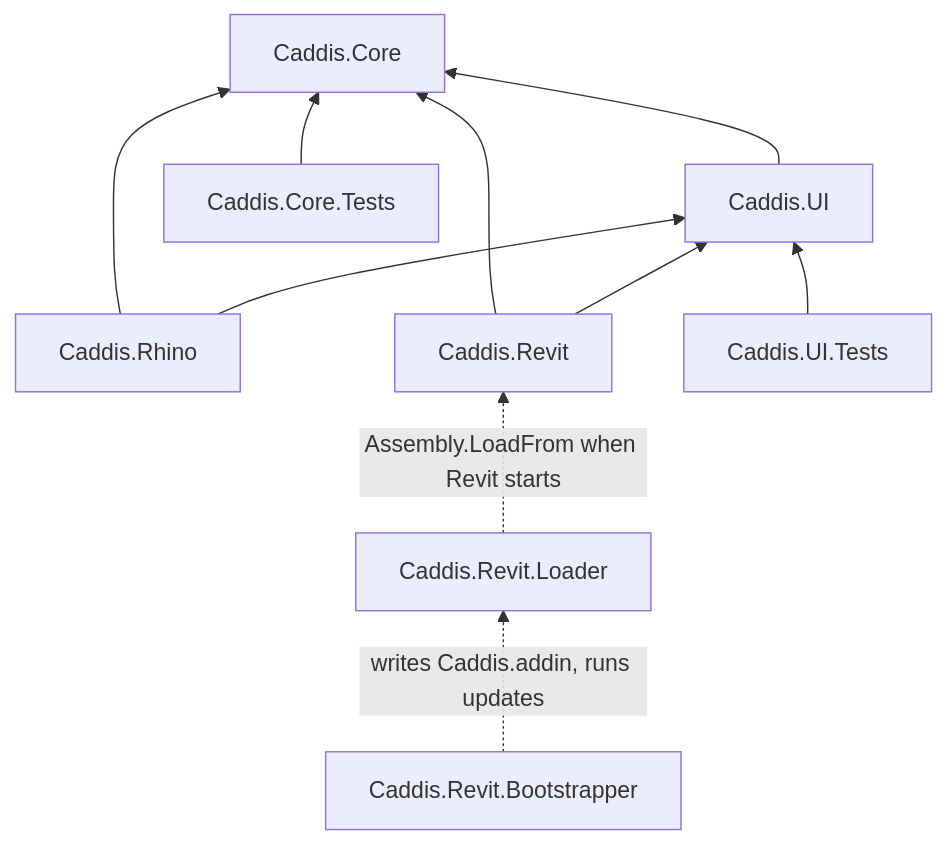
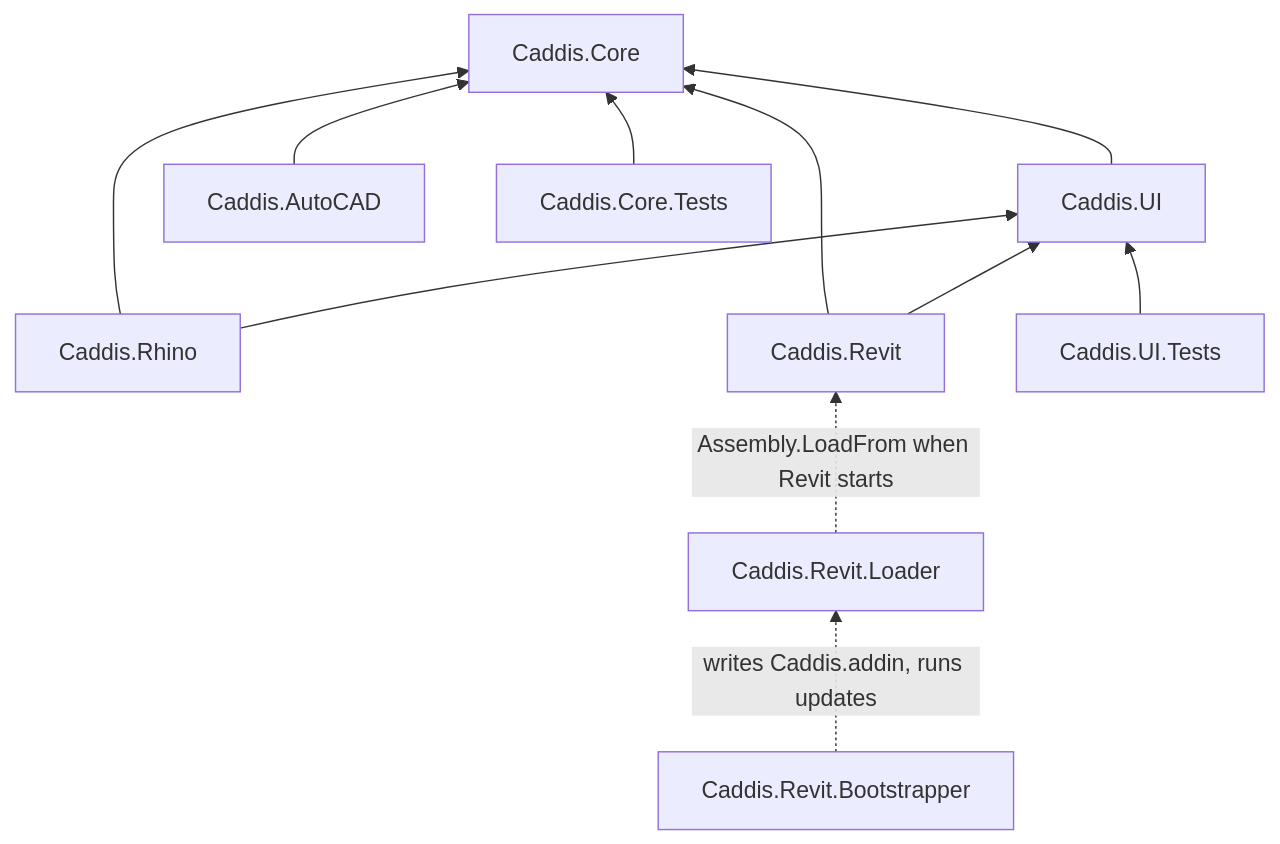
Before and after one commit to goswinr/Caddis: the second of 3 diagrams in Architecture.md, drawn with Mermaid. The commit also changed other lines of this file and 16 other files, not shown here.

First line of the commit message:
Run F# in AutoCAD 2025: a first version of Caddis for AutoCAD

````diff
--- a/Architecture.md
+++ b/Architecture.md
@@ -153,13 +156,14 @@
 ```mermaid
 flowchart BT
     Core["Caddis.Core"]
     UI["Caddis.UI"] --> Core
     Rhino["Caddis.Rhino"] --> UI
     Rhino --> Core
     Revit["Caddis.Revit"] --> UI
     Revit --> Core
     Loader["Caddis.Revit.Loader"] -. "Assembly.LoadFrom when Revit starts" .-> Revit
     Boot["Caddis.Revit.Bootstrapper"] -. "writes Caddis.addin, runs updates" .-> Loader
+    AutoCAD["Caddis.AutoCAD"] --> Core
     CoreTests["Caddis.Core.Tests"] --> Core
     UITests["Caddis.UI.Tests"] --> UI
 ```
````
